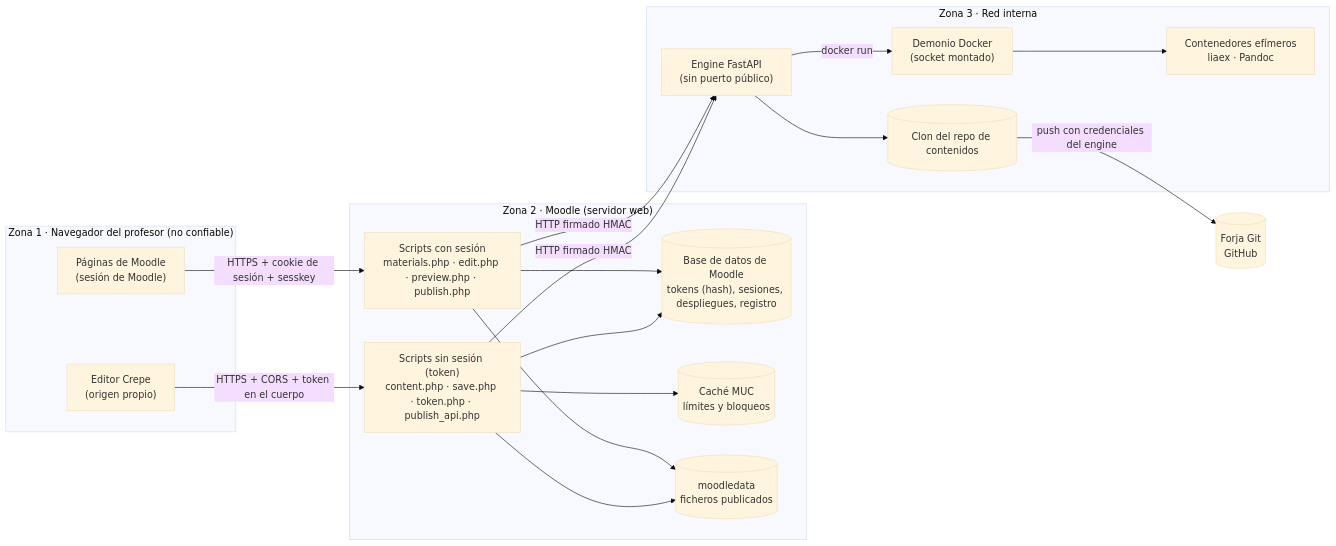
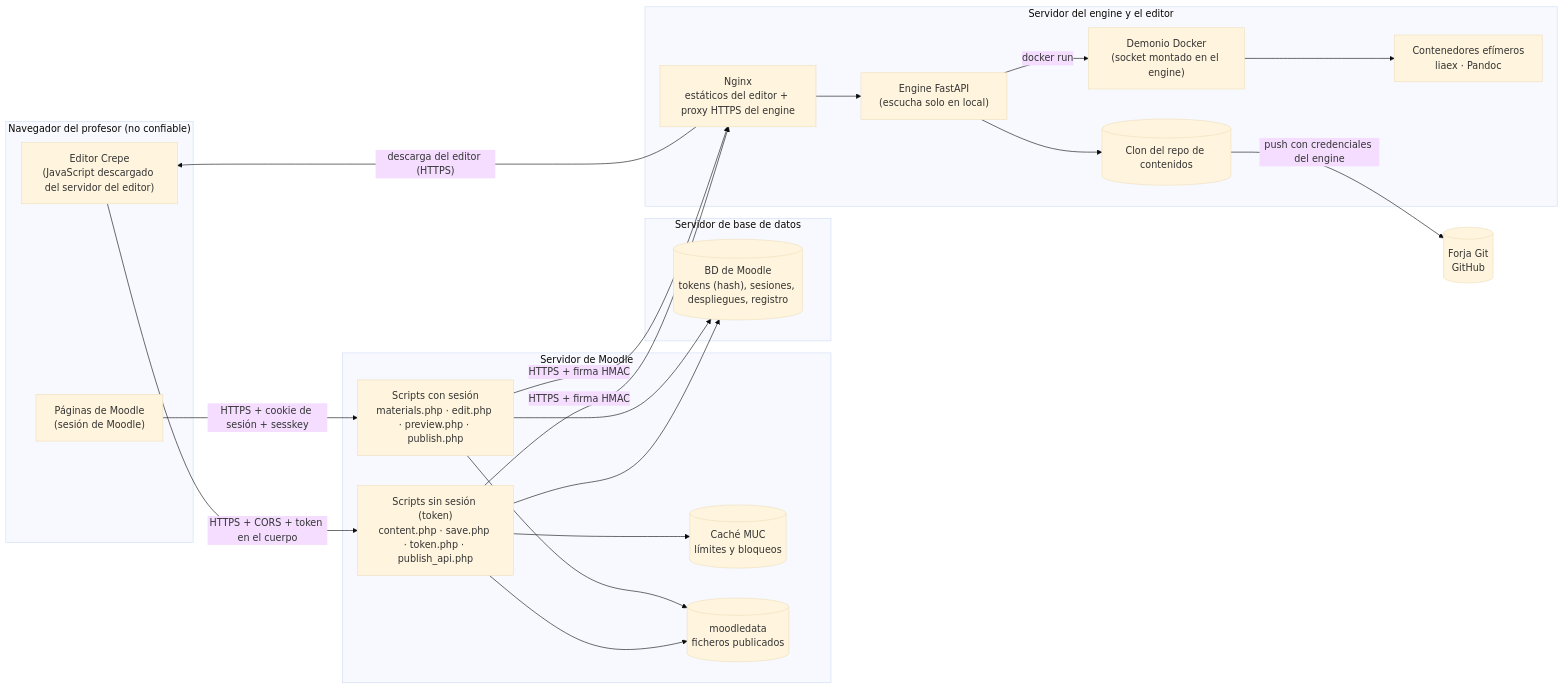
Before and after one commit to darioaxel/moodle-liaeditor-git: the first of 16 diagrams in docs/Seguridad — Evaluación del plugin local_liamateriales.md, drawn with Mermaid (base theme). The commit also changed other lines of this file, not shown here.

````diff
--- a/docs/Seguridad — Evaluación del plugin local_liamateriales.md
+++ b/docs/Seguridad — Evaluación del plugin local_liamateriales.md
@@ -38,38 +41,44 @@
 ```mermaid
 flowchart LR
-  subgraph Z1["Zona 1 · Navegador del profesor (no confiable)"]
-    ED["Editor Crepe<br/>(origen propio)"]
+  subgraph Z1["Navegador del profesor (no confiable)"]
+    ED["Editor Crepe<br/>(JavaScript descargado del servidor del editor)"]
     MB["Páginas de Moodle<br/>(sesión de Moodle)"]
   end
 
-  subgraph Z2["Zona 2 · Moodle (servidor web)"]
+  subgraph SM["Servidor de Moodle"]
     PS["Scripts con sesión<br/>materials.php · edit.php · preview.php · publish.php"]
     PT["Scripts sin sesión (token)<br/>content.php · save.php · token.php · publish_api.php"]
-    DB[("Base de datos de Moodle<br/>tokens (hash), sesiones, despliegues, registro")]
     MUC[("Caché MUC<br/>límites y bloqueos")]
     FS[("moodledata<br/>ficheros publicados")]
   end
 
-  subgraph Z3["Zona 3 · Red interna"]
-    EN["Engine FastAPI<br/>(sin puerto público)"]
+  subgraph SB["Servidor de base de datos"]
+    DB[("BD de Moodle<br/>tokens (hash), sesiones, despliegues, registro")]
+  end
+
+  subgraph SE["Servidor del engine y el editor"]
+    WEB["Nginx<br/>estáticos del editor + proxy HTTPS del engine"]
+    EN["Engine FastAPI<br/>(escucha solo en local)"]
     GIT[("Clon del repo de contenidos")]
-    DK["Demonio Docker<br/>(socket montado)"]
+    DK["Demonio Docker<br/>(socket montado en el engine)"]
     LX["Contenedores efímeros<br/>liaex · Pandoc"]
   end
 
   FORGE[("Forja Git<br/>GitHub")]
 
+  WEB -- "descarga del editor (HTTPS)" --> ED
   MB -- "HTTPS + cookie de sesión + sesskey" --> PS
   ED -- "HTTPS + CORS + token en el cuerpo" --> PT
   PS --> DB
   PT --> DB
   PT --> MUC
-  PS -- "HTTP firmado HMAC" --> EN
-  PT -- "HTTP firmado HMAC" --> EN
   PS --> FS
   PT --> FS
+  PS -- "HTTPS + firma HMAC" --> WEB
+  PT -- "HTTPS + firma HMAC" --> WEB
+  WEB --> EN
   EN --> GIT
   GIT -- "push con credenciales del engine" --> FORGE
   EN -- "docker run" --> DK
   DK --> LX
 ```
````
